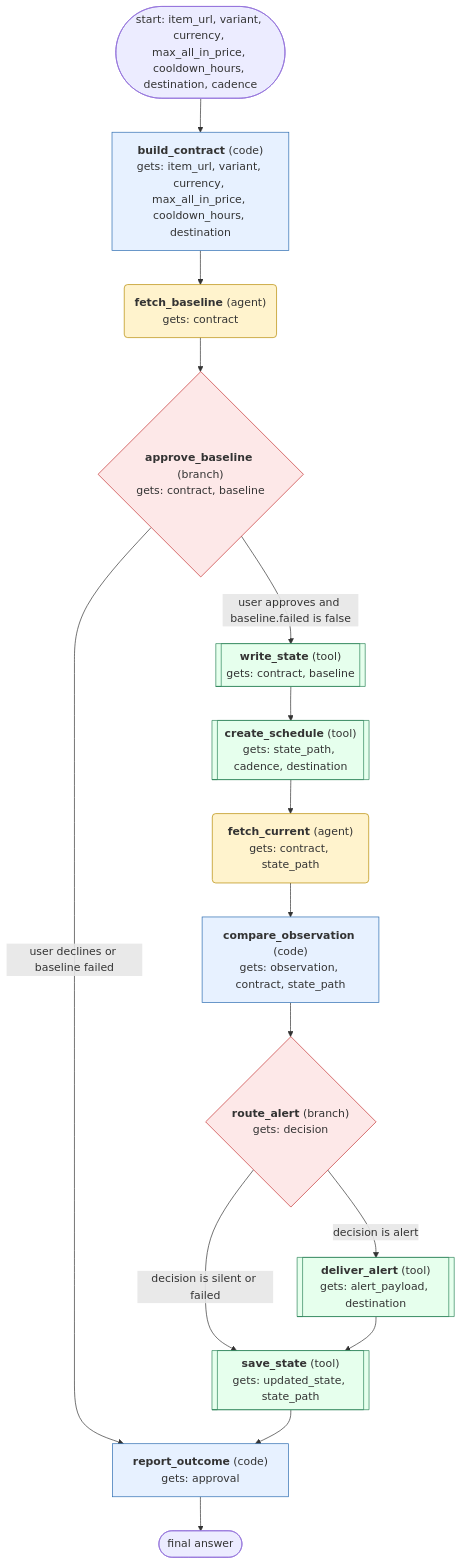
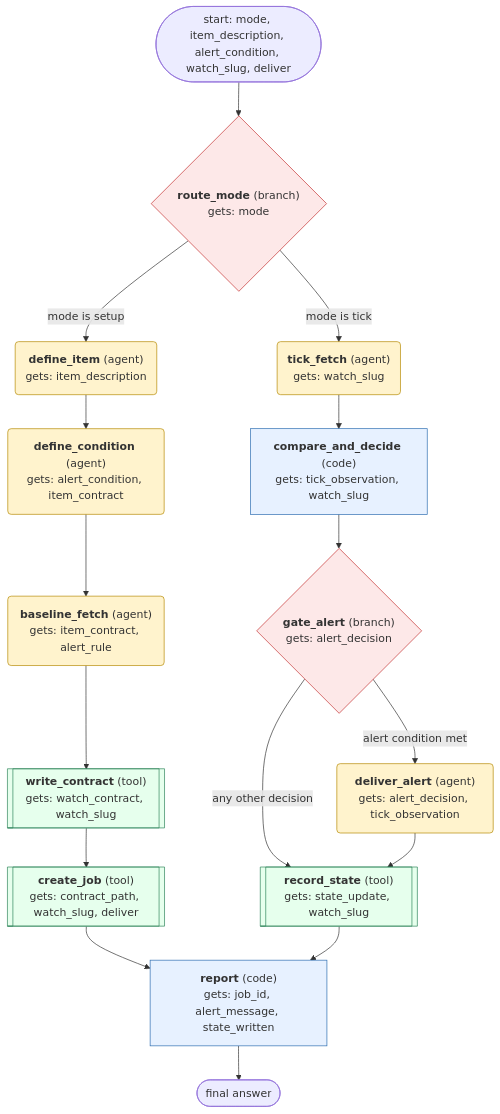
One commit to payalkanyan/hermes-pilot changed the diagram in workflow/generated/product-price-monitor/FLOWCHART.md. Above: the diagram before and after it, drawn with Mermaid. The commit also changed other lines of this file and 39 other files, not shown here.

````diff
--- a/workflow/generated/product-price-monitor/FLOWCHART.md
+++ b/workflow/generated/product-price-monitor/FLOWCHART.md
@@ -5,37 +5,39 @@
 ```mermaid
 flowchart TD
-  start(["start: item_url, variant, currency, max_all_in_price, cooldown_hours, destination, cadence"])
-  build_contract["<b>build_contract</b> (code)<br/>gets: item_url, variant, currency, max_all_in_price, cooldown_hours, destination"]
-  fetch_baseline("<b>fetch_baseline</b> (agent)<br/>gets: contract")
-  approve_baseline{"<b>approve_baseline</b> (branch)<br/>gets: contract, baseline"}
-  write_state[["<b>write_state</b> (tool)<br/>gets: contract, baseline"]]
-  create_schedule[["<b>create_schedule</b> (tool)<br/>gets: state_path, cadence, destination"]]
-  fetch_current("<b>fetch_current</b> (agent)<br/>gets: contract, state_path")
-  compare_observation["<b>compare_observation</b> (code)<br/>gets: observation, contract, state_path"]
-  route_alert{"<b>route_alert</b> (branch)<br/>gets: decision"}
-  deliver_alert[["<b>deliver_alert</b> (tool)<br/>gets: alert_payload, destination"]]
-  save_state[["<b>save_state</b> (tool)<br/>gets: updated_state, state_path"]]
-  report_outcome["<b>report_outcome</b> (code)<br/>gets: approval"]
-  report_outcome --> finish(["final answer"])
-  start --> build_contract
-  build_contract --> fetch_baseline
-  fetch_baseline --> approve_baseline
-  approve_baseline -->|user approves and baseline.failed is false| write_state
-  approve_baseline -->|user declines or baseline failed| report_outcome
-  write_state --> create_schedule
-  create_schedule --> fetch_current
-  fetch_current --> compare_observation
-  compare_observation --> route_alert
-  route_alert -->|decision is alert| deliver_alert
-  route_alert -->|decision is silent or failed| save_state
-  deliver_alert --> save_state
-  save_state --> report_outcome
+  start(["start: mode, item_description, alert_condition, watch_slug, deliver"])
+  route_mode{"<b>route_mode</b> (branch)<br/>gets: mode"}
+  define_item("<b>define_item</b> (agent)<br/>gets: item_description")
+  define_condition("<b>define_condition</b> (agent)<br/>gets: alert_condition, item_contract")
+  baseline_fetch("<b>baseline_fetch</b> (agent)<br/>gets: item_contract, alert_rule")
+  write_contract[["<b>write_contract</b> (tool)<br/>gets: watch_contract, watch_slug"]]
+  create_job[["<b>create_job</b> (tool)<br/>gets: contract_path, watch_slug, deliver"]]
+  tick_fetch("<b>tick_fetch</b> (agent)<br/>gets: watch_slug")
+  compare_and_decide["<b>compare_and_decide</b> (code)<br/>gets: tick_observation, watch_slug"]
+  gate_alert{"<b>gate_alert</b> (branch)<br/>gets: alert_decision"}
+  deliver_alert("<b>deliver_alert</b> (agent)<br/>gets: alert_decision, tick_observation")
+  record_state[["<b>record_state</b> (tool)<br/>gets: state_update, watch_slug"]]
+  report["<b>report</b> (code)<br/>gets: job_id, alert_message, state_written"]
+  report --> finish(["final answer"])
+  start --> route_mode
+  route_mode -->|mode is setup| define_item
+  route_mode -->|mode is tick| tick_fetch
+  define_item --> define_condition
+  define_condition --> baseline_fetch
+  baseline_fetch --> write_contract
+  write_contract --> create_job
+  create_job --> report
+  tick_fetch --> compare_and_decide
+  compare_and_decide --> gate_alert
+  gate_alert -->|alert condition met| deliver_alert
+  gate_alert -->|any other decision| record_state
+  deliver_alert --> record_state
+  record_state --> report
   classDef agent fill:#fff3cd,stroke:#b58900;
   classDef code fill:#e7f1ff,stroke:#2b6cb0;
   classDef tool fill:#e6ffed,stroke:#2f855a;
   classDef branch fill:#fde8e8,stroke:#c53030;
-  class fetch_baseline,fetch_current agent;
-  class approve_baseline,route_alert branch;
-  class build_contract,compare_observation,report_outcome code;
-  class write_state,create_schedule,deliver_alert,save_state tool;
+  class write_contract,create_job,record_state tool;
+  class define_item,define_condition,baseline_fetch,tick_fetch,deliver_alert agent;
+  class compare_and_decide,report code;
+  class route_mode,gate_alert branch;
 ```
````
